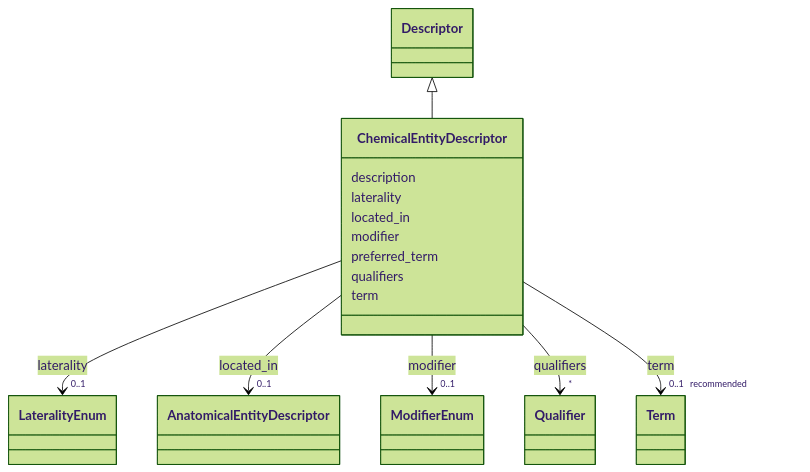
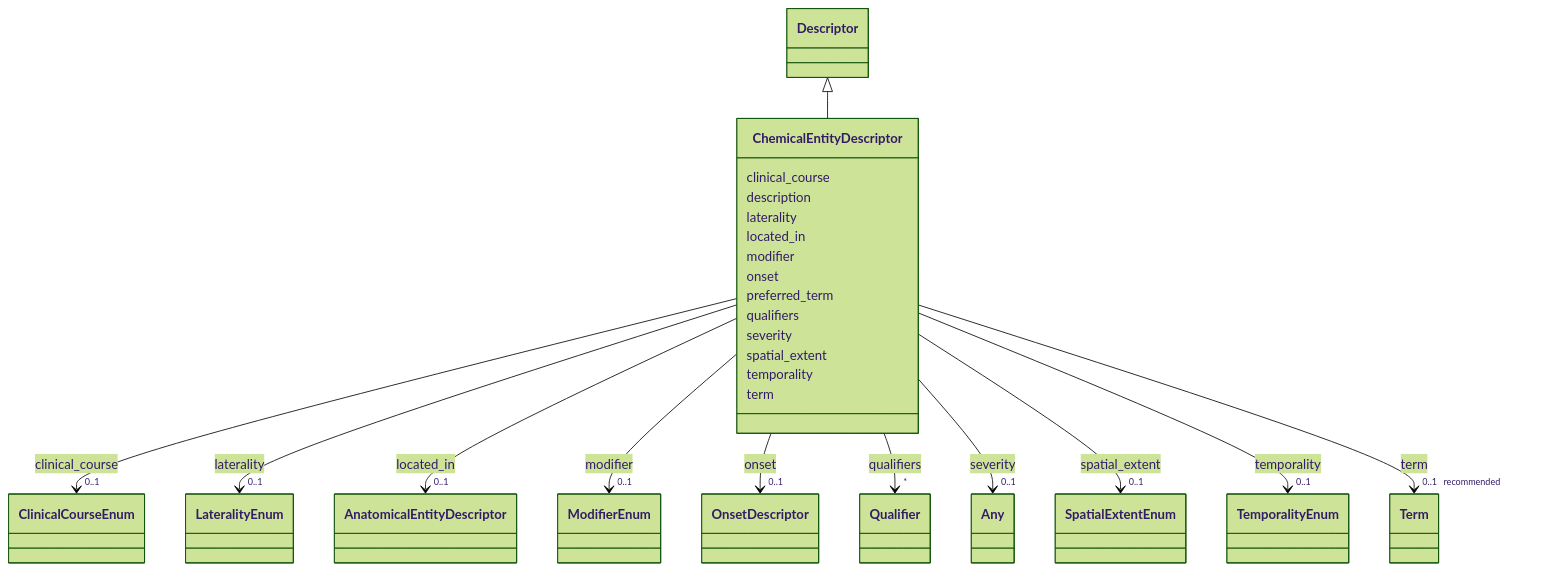
The diagram in docs/schema/classes/ChemicalEntityDescriptor.md (monarch-initiative/dismech), drawn with Mermaid (forest theme) before and after one commit. The commit also changed other lines of this file and 1343 other files, not shown here.

First line of the commit message:
docs: regenerate schema docs and point design-decisions link at rendered page

```diff
--- a/docs/schema/classes/ChemicalEntityDescriptor.md
+++ b/docs/schema/classes/ChemicalEntityDescriptor.md
@@ -22,6 +22,17 @@
       Descriptor <|-- ChemicalEntityDescriptor
         click Descriptor href "../../classes/Descriptor/"
       
+      ChemicalEntityDescriptor : clinical_course
+        
+          
+    
+        
+        
+        ChemicalEntityDescriptor --> "0..1" ClinicalCourseEnum : clinical_course
+        click ClinicalCourseEnum href "../../enums/ClinicalCourseEnum/"
+    
+
+        
       ChemicalEntityDescriptor : description
         
       ChemicalEntityDescriptor : laterality
@@ -57,6 +68,17 @@
     
 
         
+      ChemicalEntityDescriptor : onset
+        
+          
+    
+        
+        
+        ChemicalEntityDescriptor --> "0..1" OnsetDescriptor : onset
+        click OnsetDescriptor href "../../classes/OnsetDescriptor/"
+    
+
+        
       ChemicalEntityDescriptor : preferred_term
         
       ChemicalEntityDescriptor : qualifiers
@@ -67,6 +89,39 @@
         
         ChemicalEntityDescriptor --> "*" Qualifier : qualifiers
         click Qualifier href "../../classes/Qualifier/"
+    
+
+        
+      ChemicalEntityDescriptor : severity
+        
+          
+    
+        
+        
+        ChemicalEntityDescriptor --> "0..1" Any : severity
+        click Any href "../../classes/Any/"
+    
+
+        
+      ChemicalEntityDescriptor : spatial_extent
+        
+          
+    
+        
+        
+        ChemicalEntityDescriptor --> "0..1" SpatialExtentEnum : spatial_extent
+        click SpatialExtentEnum href "../../enums/SpatialExtentEnum/"
+    
+
+        
+      ChemicalEntityDescriptor : temporality
+        
+          
+    
+        
+        
+        ChemicalEntityDescriptor --> "0..1" TemporalityEnum : temporality
+        click TemporalityEnum href "../../enums/TemporalityEnum/"
     
 
         
```
